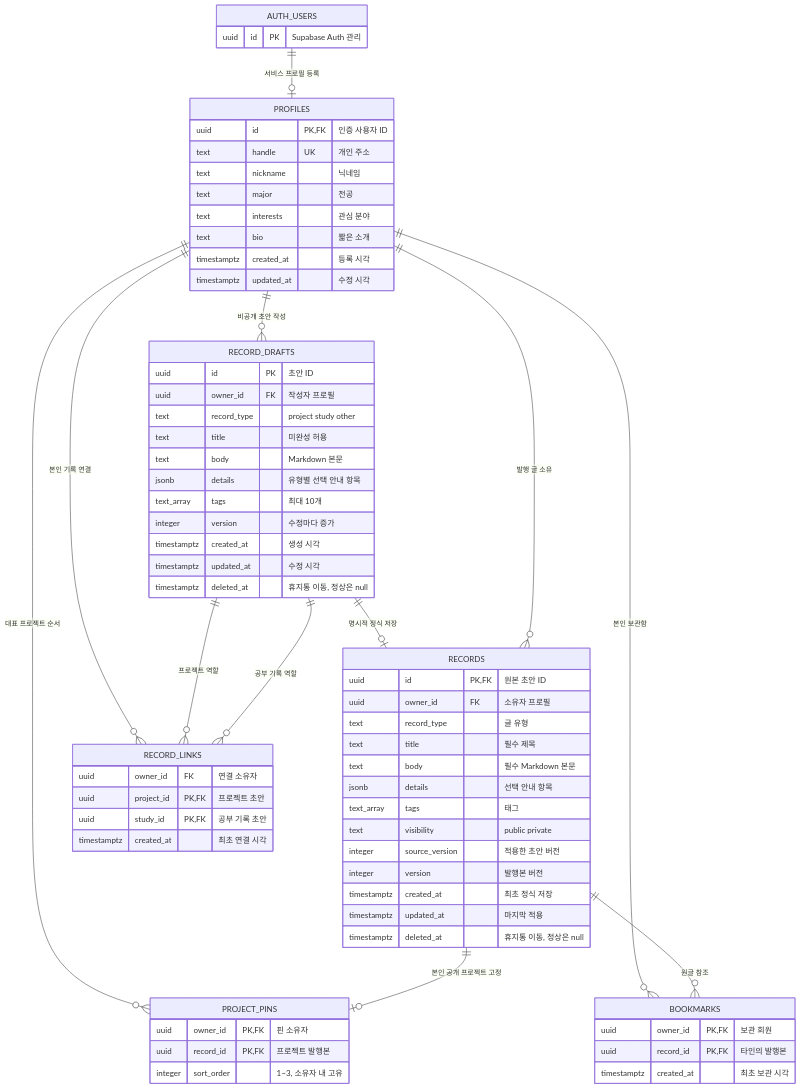
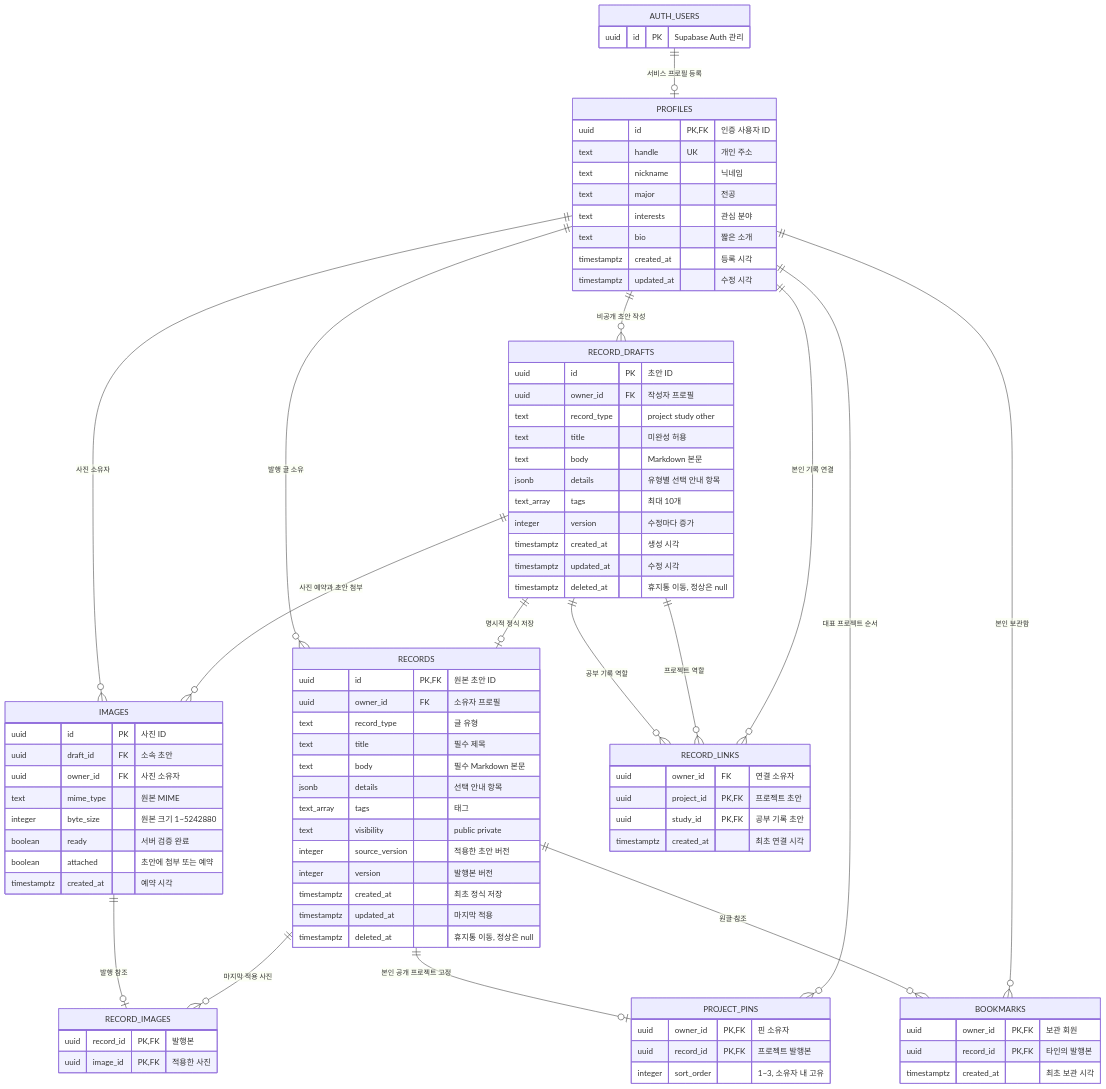
The diagram in docs/ERD.md (JungSeungYoon/chwieop-jom-haja), drawn with Mermaid before and after one commit. The commit also changed other lines of this file and 26 other files, not shown here.

```diff
--- a/docs/ERD.md
+++ b/docs/ERD.md
@@ -10,6 +10,24 @@
     PROFILES ||--o{ RECORD_DRAFTS : "비공개 초안 작성"
     RECORD_DRAFTS ||--o| RECORDS : "명시적 정식 저장"
     PROFILES ||--o{ RECORDS : "발행 글 소유"
+    RECORD_DRAFTS ||--o{ IMAGES : "사진 예약과 초안 첨부"
+    PROFILES ||--o{ IMAGES : "사진 소유자"
+    RECORDS ||--o{ RECORD_IMAGES : "마지막 적용 사진"
+    IMAGES ||--o| RECORD_IMAGES : "발행 참조"
+    IMAGES {
+        uuid id PK "사진 ID"
+        uuid draft_id FK "소속 초안"
+        uuid owner_id FK "사진 소유자"
+        text mime_type "원본 MIME"
+        integer byte_size "원본 크기 1~5242880"
+        boolean ready "서버 검증 완료"
+        boolean attached "초안에 첨부 또는 예약"
+        timestamptz created_at "예약 시각"
+    }
+    RECORD_IMAGES {
+        uuid record_id PK,FK "발행본"
+        uuid image_id PK,FK "적용한 사진"
+    }
     PROFILES ||--o{ PROJECT_PINS : "대표 프로젝트 순서"
     RECORDS ||--o| PROJECT_PINS : "본인 공개 프로젝트 고정"
     PROFILES ||--o{ BOOKMARKS : "본인 보관함"
```
